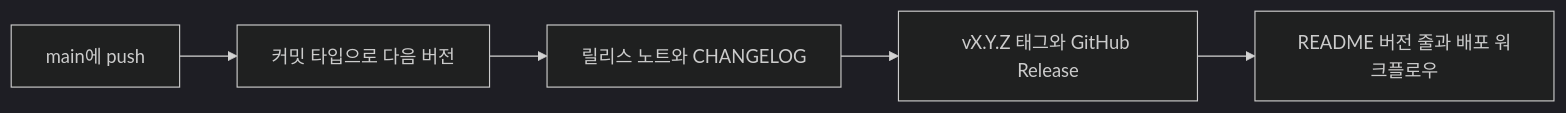
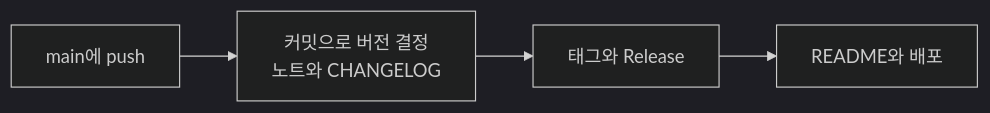
Before and after one commit to Twin-Fang/project-auto-wizard: the second of 2 diagrams in README.ko.md, drawn with Mermaid (dark theme). The commit also changed other lines of this file and 3 other files, not shown here.

````diff
--- a/README.ko.md
+++ b/README.ko.md
@@ -136,7 +130,4 @@
 ```mermaid
 flowchart LR
-    A[main에 push] --> B[커밋 타입으로 다음 버전]
-    B --> C[릴리스 노트와 CHANGELOG]
-    C --> D[vX.Y.Z 태그와 GitHub Release]
-    D --> E[README 버전 줄과 배포 워크플로우]
+    A["main에 push"] --> B["커밋으로 버전 결정<br/>노트와 CHANGELOG"] --> C["태그와 Release"] --> D["README와 배포"]
 ```
````
